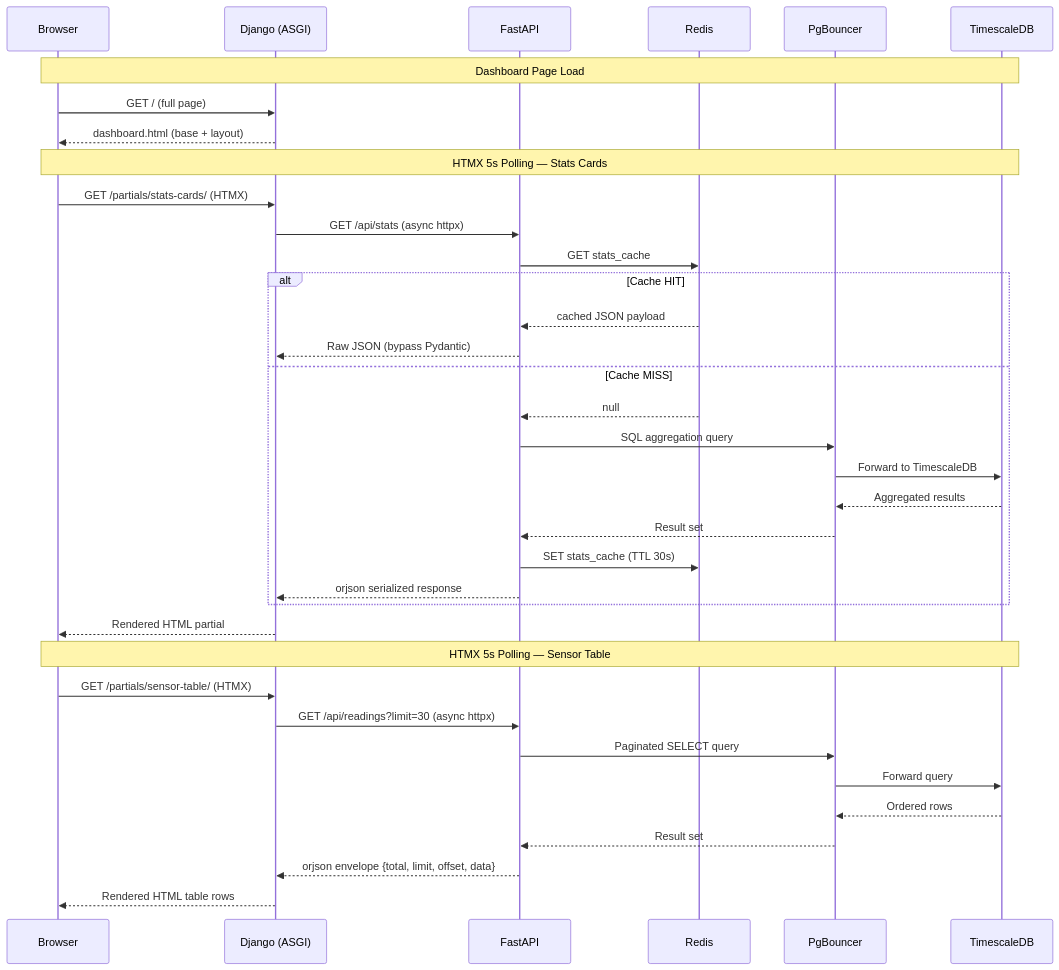
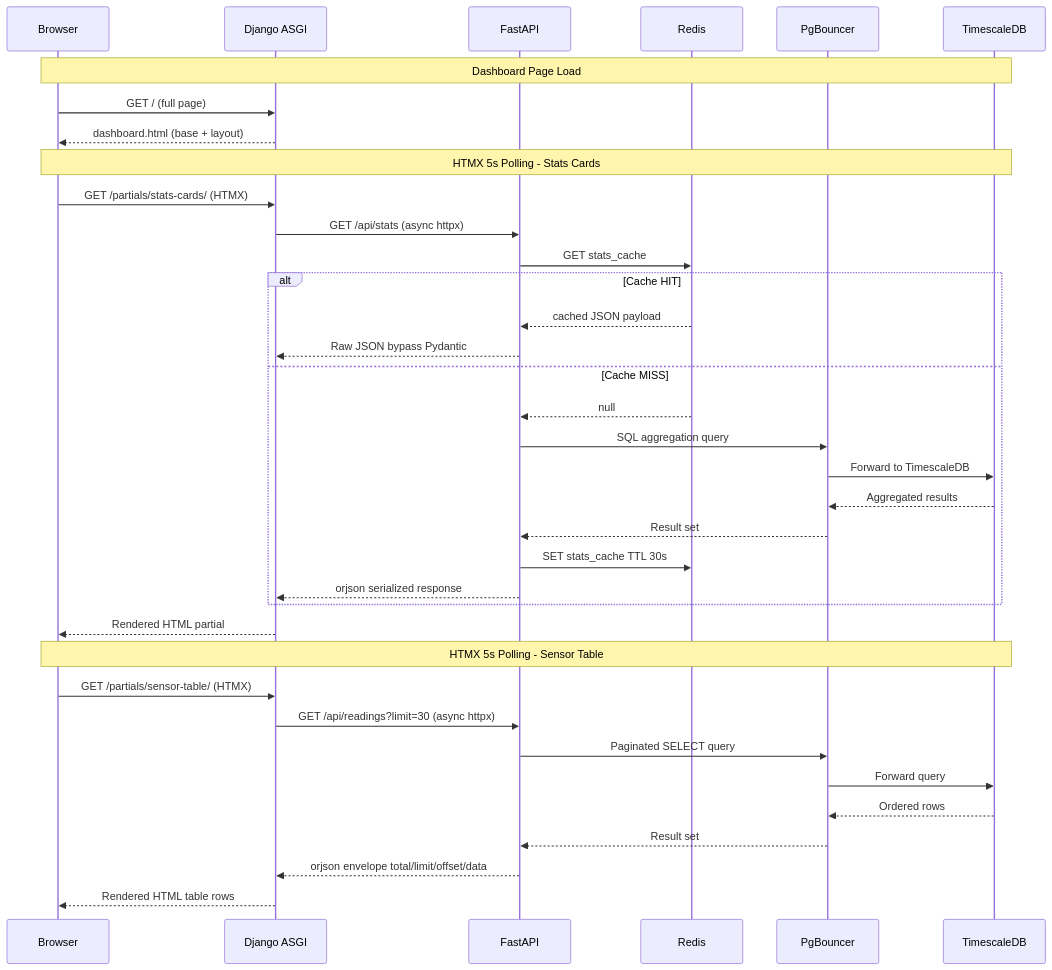
Before and after one commit to tedaks/project: the second of 8 diagrams in README.md, drawn with Mermaid. The commit also changed other lines of this file, not shown here.

Commit message:
docs: update Mermaid diagrams for clarity and refine various textual descriptions.

````diff
--- a/README.md
+++ b/README.md
@@ -84,41 +77,41 @@
 ```mermaid
 sequenceDiagram
     participant B as Browser
-    participant D as Django (ASGI)
+    participant D as Django ASGI
     participant F as FastAPI
     participant R as Redis
     participant PG as PgBouncer
     participant TS as TimescaleDB
 
     Note over B,TS: Dashboard Page Load
     B->>D: GET / (full page)
     D-->>B: dashboard.html (base + layout)
 
-    Note over B,TS: HTMX 5s Polling — Stats Cards
+    Note over B,TS: HTMX 5s Polling - Stats Cards
     B->>D: GET /partials/stats-cards/ (HTMX)
     D->>F: GET /api/stats (async httpx)
     F->>R: GET stats_cache
     alt Cache HIT
         R-->>F: cached JSON payload
-        F-->>D: Raw JSON (bypass Pydantic)
+        F-->>D: Raw JSON bypass Pydantic
     else Cache MISS
         R-->>F: null
         F->>PG: SQL aggregation query
         PG->>TS: Forward to TimescaleDB
         TS-->>PG: Aggregated results
         PG-->>F: Result set
-        F->>R: SET stats_cache (TTL 30s)
+        F->>R: SET stats_cache TTL 30s
         F-->>D: orjson serialized response
     end
     D-->>B: Rendered HTML partial
 
-    Note over B,TS: HTMX 5s Polling — Sensor Table
+    Note over B,TS: HTMX 5s Polling - Sensor Table
     B->>D: GET /partials/sensor-table/ (HTMX)
     D->>F: GET /api/readings?limit=30 (async httpx)
     F->>PG: Paginated SELECT query
     PG->>TS: Forward query
     TS-->>PG: Ordered rows
     PG-->>F: Result set
-    F-->>D: orjson envelope {total, limit, offset, data}
+    F-->>D: orjson envelope total/limit/offset/data
     D-->>B: Rendered HTML table rows
 ```
````
